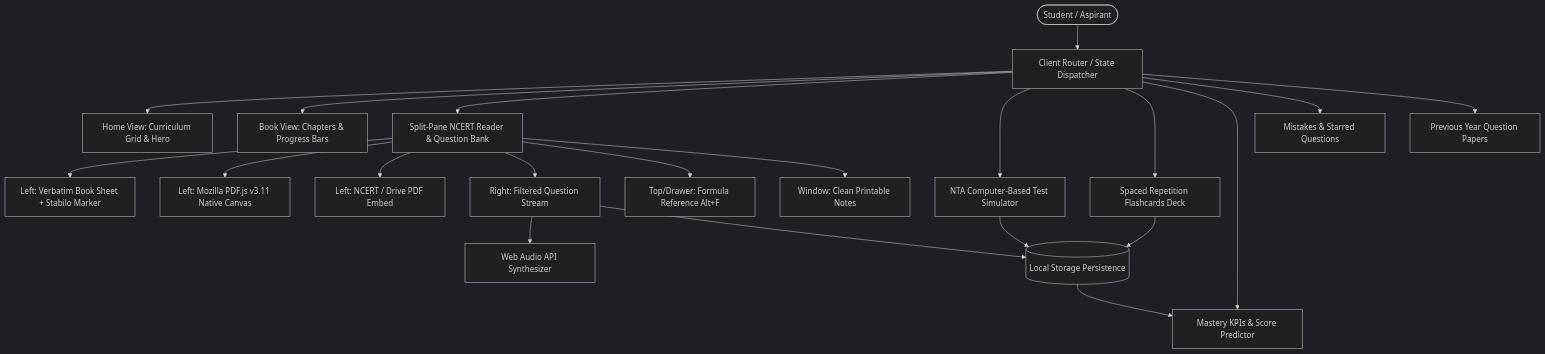
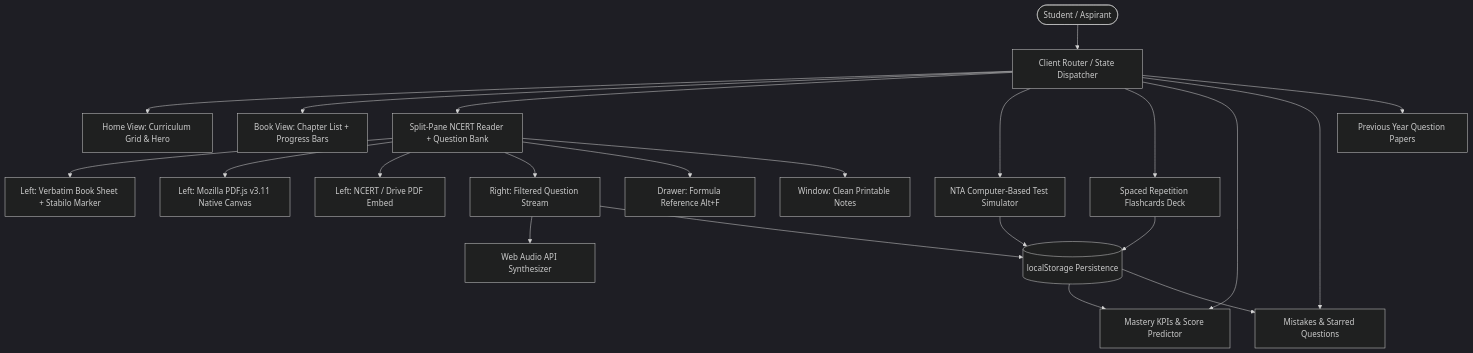
The diagram in ARCHITECTURE.md (XKILLER2006Y/prepclone), drawn with Mermaid (dark theme) before and after one commit. The commit also changed other lines of this file and 4 other files, not shown here.

First line of the commit message:
📚 docs: Complete documentation overhaul — CHANGELOG, README, PROGRESS, ROADMAP, ARCHITECTURE

````diff
--- a/ARCHITECTURE.md
+++ b/ARCHITECTURE.md
@@ -7,25 +7,26 @@
 ```mermaid
 graph TD
     User([Student / Aspirant]) --> Router[Client Router / State Dispatcher]
     Router --> HomeView[Home View: Curriculum Grid & Hero]
-    Router --> BookView[Book View: Chapters & Progress Bars]
-    Router --> ReaderView[Split-Pane NCERT Reader & Question Bank]
+    Router --> BookView[Book View: Chapter List + Progress Bars]
+    Router --> ReaderView[Split-Pane NCERT Reader + Question Bank]
     Router --> CBTView[NTA Computer-Based Test Simulator]
     Router --> FlashcardsView[Spaced Repetition Flashcards Deck]
     Router --> AnalyticsView[Mastery KPIs & Score Predictor]
     Router --> NotebookView[Mistakes & Starred Questions]
     Router --> PYQHubView[Previous Year Question Papers]
 
     ReaderView --> TextSheet[Left: Verbatim Book Sheet + Stabilo Marker]
     ReaderView --> CanvasViewer[Left: Mozilla PDF.js v3.11 Native Canvas]
     ReaderView --> IframeEmbed[Left: NCERT / Drive PDF Embed]
     ReaderView --> QuestionCards[Right: Filtered Question Stream]
-    ReaderView --> FormulaDrawer[Top/Drawer: Formula Reference Alt+F]
+    ReaderView --> FormulaDrawer[Drawer: Formula Reference Alt+F]
     ReaderView --> RevisionExporter[Window: Clean Printable Notes]
 
     QuestionCards --> AudioEngine[Web Audio API Synthesizer]
-    QuestionCards --> LocalStore[(Local Storage Persistence)]
+    QuestionCards --> LocalStore[(localStorage Persistence)]
     CBTView --> LocalStore
     FlashcardsView --> LocalStore
     LocalStore --> AnalyticsView
+    LocalStore --> NotebookView
 ```
````
